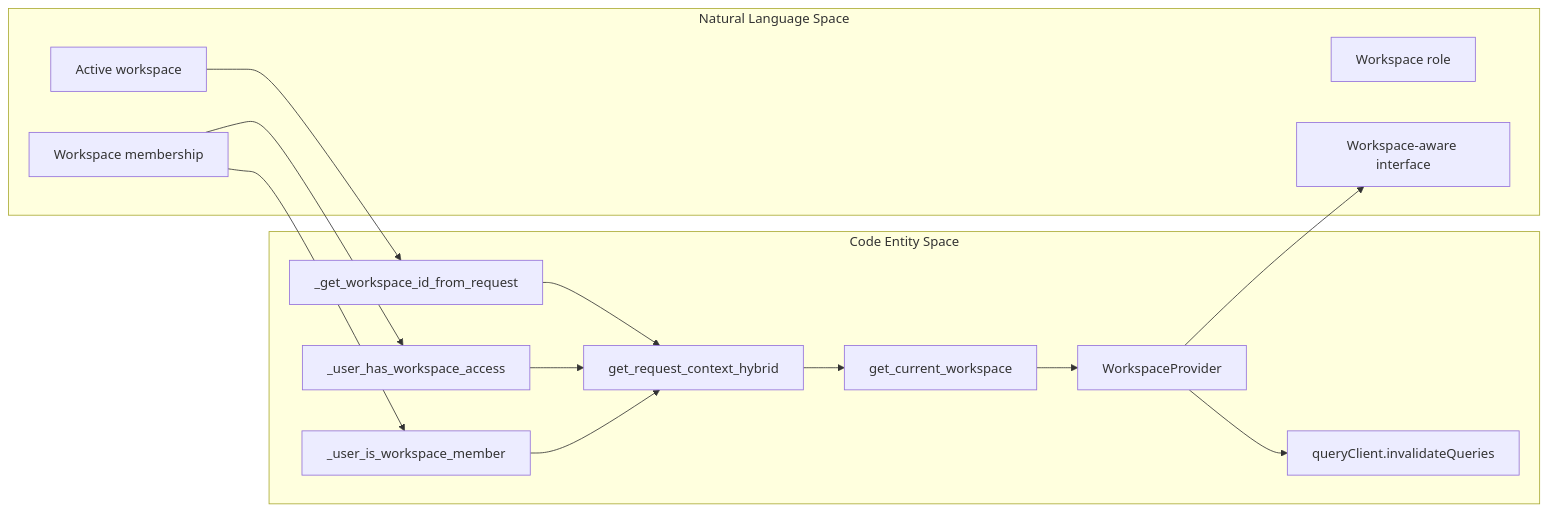
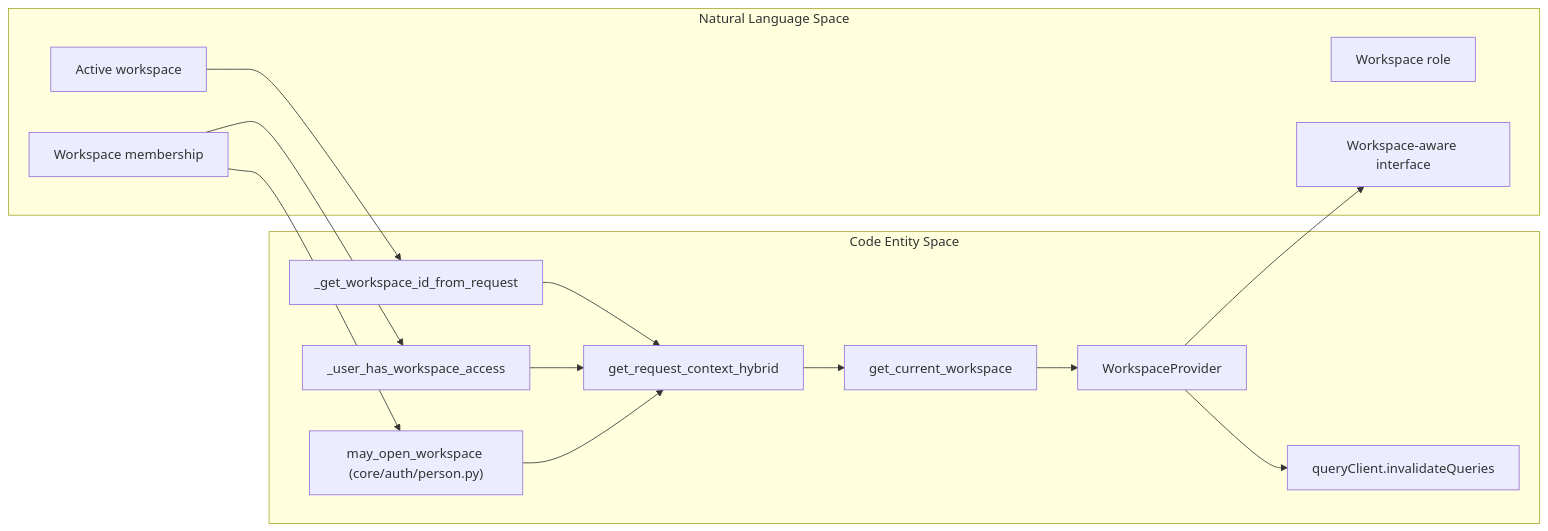
The second of 2 diagrams in docs/authentication-multi-tenancy/_index.md (AutomatosAI/automatos-ai), drawn with Mermaid before and after one commit. The commit also changed other lines of this file and 9 other files, not shown here.

````diff
--- a/docs/authentication-multi-tenancy/_index.md
+++ b/docs/authentication-multi-tenancy/_index.md
@@ -109,28 +109,28 @@
 ```mermaid
 graph LR
     subgraph "Natural Language Space"
         Select["Active workspace"]
         Membership["Workspace membership"]
         Role["Workspace role"]
         Interface["Workspace-aware interface"]
     end
     subgraph "Code Entity Space"
         Context["get_request_context_hybrid"]
         ResolveID["_get_workspace_id_from_request"]
         Access["_user_has_workspace_access"]
-        MemberCheck["_user_is_workspace_member"]
+        MemberCheck["may_open_workspace (core/auth/person.py)"]
         Endpoint["get_current_workspace"]
         Provider["WorkspaceProvider"]
         QueryCache["queryClient.invalidateQueries"]
     end
     Select --> ResolveID
     ResolveID --> Context
     Membership --> Access
     Membership --> MemberCheck
     Access --> Context
     MemberCheck --> Context
     Context --> Endpoint
     Endpoint --> Provider
     Provider --> Interface
     Provider --> QueryCache
 ```
````
